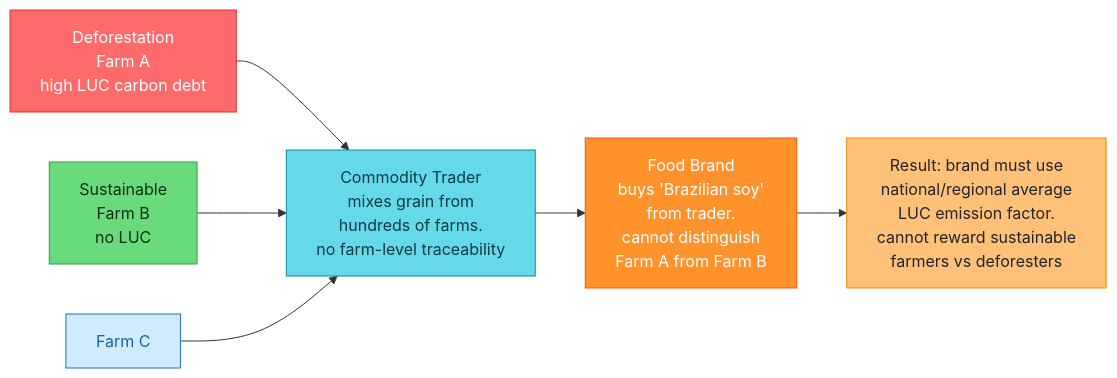
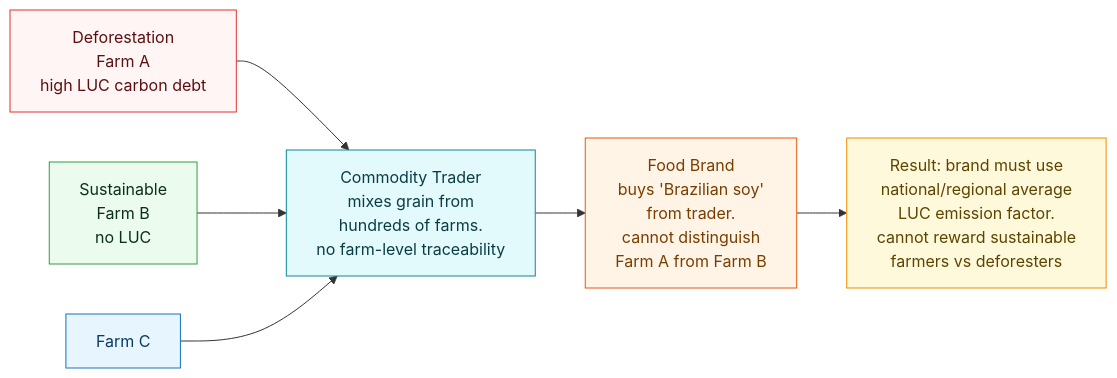
The eighth of 9 diagrams in docs/03_industry_case_studies.md (co3org/Scope3-Challenge), drawn with Mermaid before and after one commit. The commit also changed other lines of this file and 11 other files, not shown here.

First line of the commit message:
Soft diagram palette and trim text-wall node labels

````diff
--- a/docs/03_industry_case_studies.md
+++ b/docs/03_industry_case_studies.md
@@ -411,30 +411,30 @@
 ```mermaid
     flowchart LR
-    classDef bad fill:#ff6b6b,stroke:#e03131,color:#fff;
-    classDef good fill:#69db7c,stroke:#2f9e44,color:#0b2e13;
-    classDef info fill:#d0ebff,stroke:#1971c2,color:#1864ab;
-    classDef up fill:#66d9e8,stroke:#0c8599,color:#0b3c44;
-    classDef s1 fill:#ff922b,stroke:#e8590c,color:#fff;
-    classDef warn fill:#ffc078,stroke:#f08c00,color:#212529;
+    classDef bad fill:#fff5f5,stroke:#e03131,color:#5c0f0f;
+    classDef good fill:#ebfbee,stroke:#2f9e44,color:#0b2e1d;
+    classDef info fill:#e7f5ff,stroke:#1971c2,color:#0b3a5e;
+    classDef up fill:#e3fafc,stroke:#0c8599,color:#0b3c44;
+    classDef s1 fill:#fff4e6,stroke:#e8590c,color:#7a3d00;
+    classDef warn fill:#fff9db,stroke:#f08c00,color:#5c4400;
 
     Farm1["Deforestation\nFarm A\nhigh LUC carbon debt"]
     Farm2["Sustainable\nFarm B\nno LUC"]
     Farm3["Farm C"]
     Trader["Commodity Trader\nmixes grain from\nhundreds of farms.\nno farm-level traceability"]
     Brand3["Food Brand\nbuys 'Brazilian soy'\nfrom trader.\ncannot distinguish\nFarm A from Farm B"]
 
     Farm1 --> Trader
     Farm2 --> Trader
     Farm3 --> Trader
     Trader --> Brand3
 
     Result3["Result: brand must use\nnational/regional average\nLUC emission factor.\ncannot reward sustainable\nfarmers vs deforesters"]
     Brand3 --> Result3
 
     class Farm1 bad;
     class Farm2 good;
     class Farm3 info;
     class Trader up;
     class Brand3 s1;
     class Result3 warn;
 ```
````
